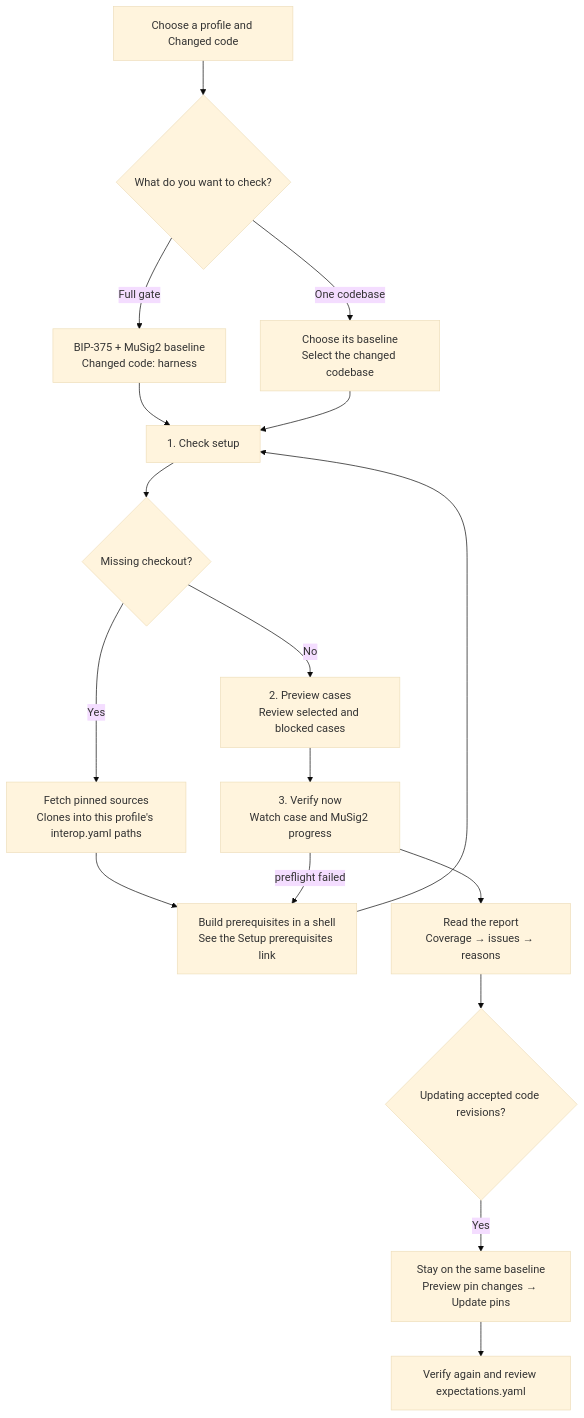
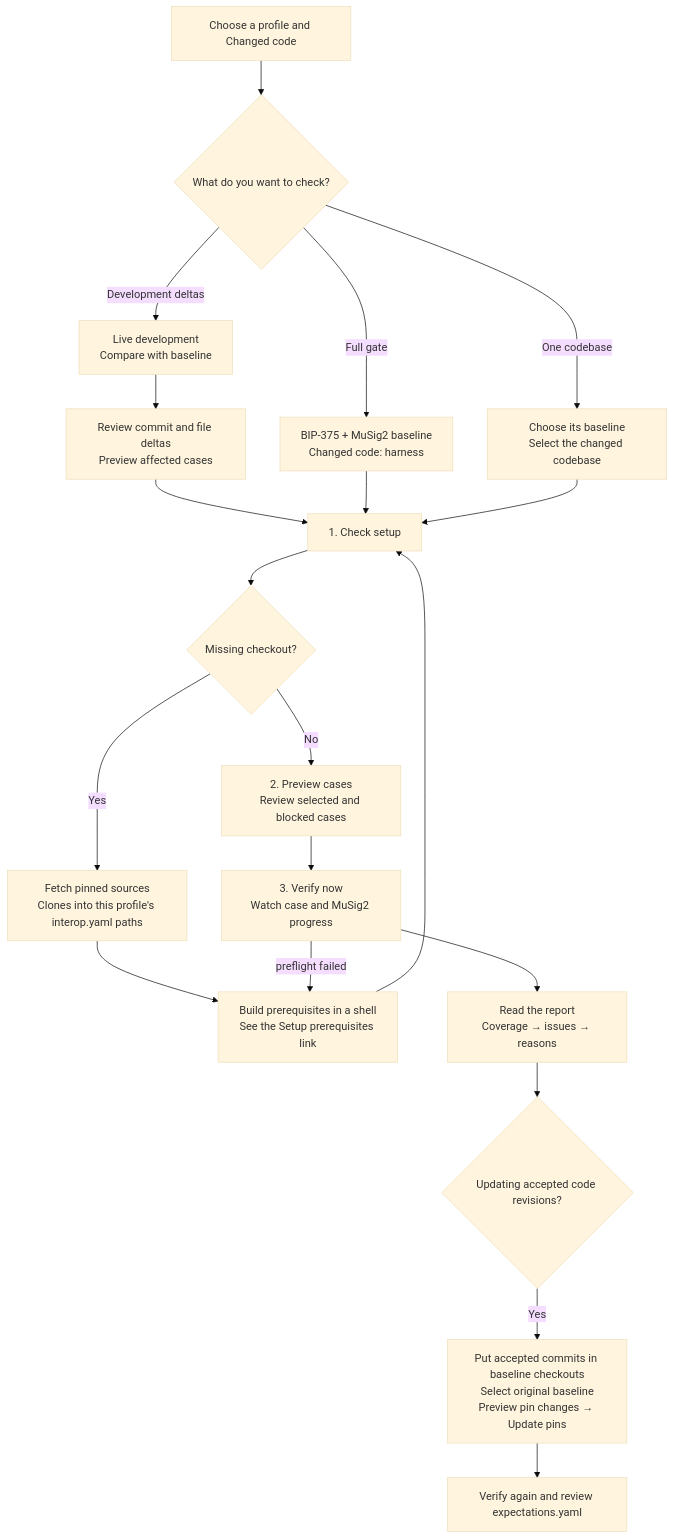
One commit to macgyver13/bip375-interop changed the diagram in docs/gui_runbook.md. Above: the diagram before and after it, drawn with Mermaid (base theme). The commit also changed 2 other files, not shown here.

Commit message:
Document live baseline comparison workflow

````diff
--- a/docs/gui_runbook.md
+++ b/docs/gui_runbook.md
@@ -1,19 +1,22 @@
 ```mermaid
 flowchart TD
     A["Choose a profile and Changed code"] --> B{"What do you want to check?"}
     B -->|"Full gate"| C["BIP-375 + MuSig2 baseline<br/>Changed code: harness"]
     B -->|"One codebase"| D["Choose its baseline<br/>Select the changed codebase"]
+    B -->|"Development deltas"| O["Live development<br/>Compare with baseline"]
+    O --> P["Review commit and file deltas<br/>Preview affected cases"]
+    P --> E
     C --> E["1. Check setup"]
     D --> E
     E --> F{"Missing checkout?"}
     F -->|Yes| G["Fetch pinned sources<br/>Clones into this profile's interop.yaml paths"]
     G --> H["Build prerequisites in a shell<br/>See the Setup prerequisites link"]
     H --> E
     F -->|No| I["2. Preview cases<br/>Review selected and blocked cases"]
     I --> J["3. Verify now<br/>Watch case and MuSig2 progress"]
     J -->|"preflight failed"| H
     J --> K["Read the report<br/>Coverage → issues → reasons"]
     K --> L{"Updating accepted code revisions?"}
-    L -->|Yes| M["Stay on the same baseline<br/>Preview pin changes → Update pins"]
+    L -->|Yes| M["Put accepted commits in baseline checkouts<br/>Select original baseline<br/>Preview pin changes → Update pins"]
     M --> N["Verify again and review expectations.yaml"]
 ```
````
